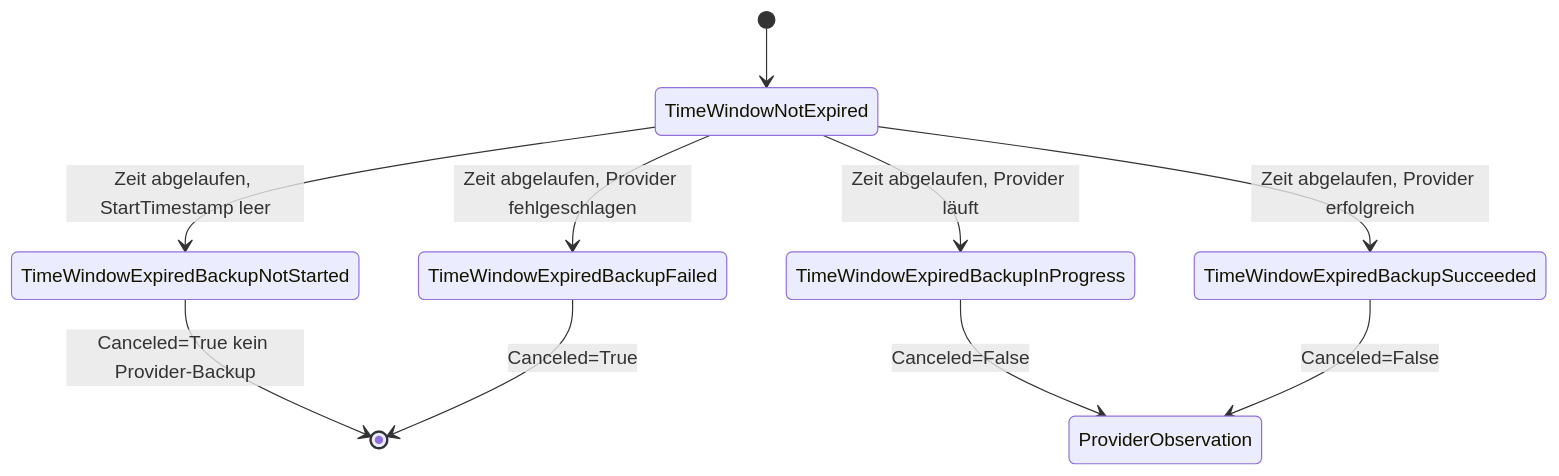
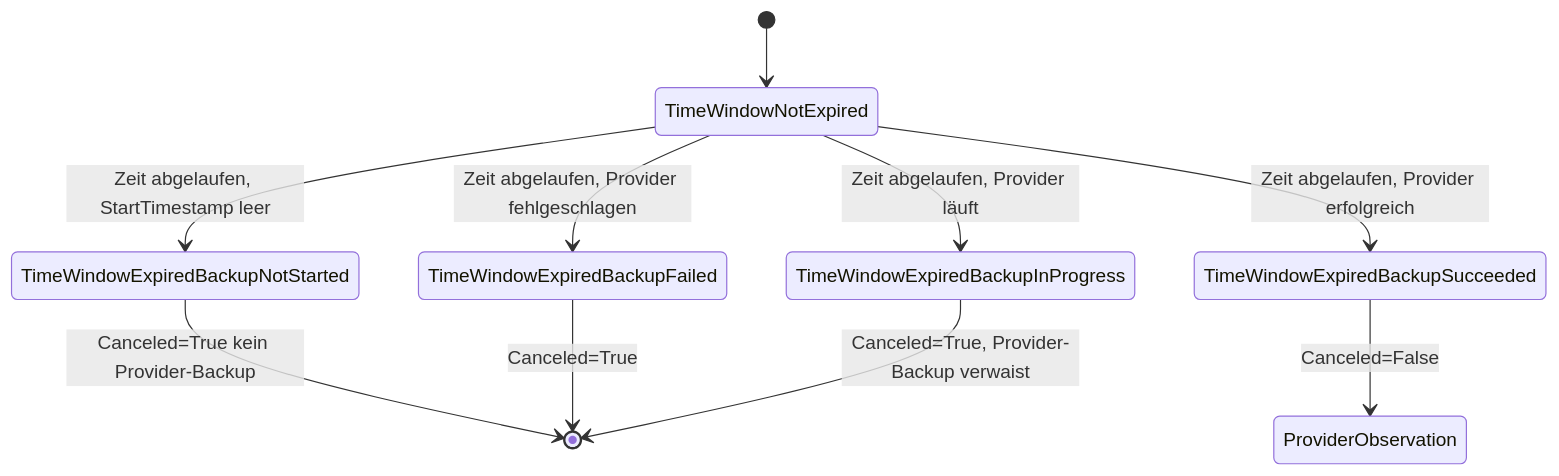
One commit to cloudogu/k8s-backup-operator changed the second of 4 diagrams in docs/development/backup/backup_process_de.md. Above: the diagram before and after it, drawn with Mermaid. The commit also changed other lines of this file and 4 other files, not shown here.

Commit message:
#119 add docs for deletion of provider backups of a canceled run

````diff
--- a/docs/development/backup/backup_process_de.md
+++ b/docs/development/backup/backup_process_de.md
@@ -93,12 +93,12 @@
 ```mermaid
 stateDiagram-v2
     [*] --> TimeWindowNotExpired
     TimeWindowNotExpired --> TimeWindowExpiredBackupNotStarted: Zeit abgelaufen, StartTimestamp leer
     TimeWindowNotExpired --> TimeWindowExpiredBackupInProgress: Zeit abgelaufen, Provider läuft
     TimeWindowNotExpired --> TimeWindowExpiredBackupFailed: Zeit abgelaufen, Provider fehlgeschlagen
     TimeWindowNotExpired --> TimeWindowExpiredBackupSucceeded: Zeit abgelaufen, Provider erfolgreich
     TimeWindowExpiredBackupNotStarted --> [*]: Canceled=True kein Provider-Backup
     TimeWindowExpiredBackupFailed --> [*]: Canceled=True
-    TimeWindowExpiredBackupInProgress --> ProviderObservation: Canceled=False
+    TimeWindowExpiredBackupInProgress --> [*]: Canceled=True, Provider-Backup verwaist
     TimeWindowExpiredBackupSucceeded --> ProviderObservation: Canceled=False
 ```
````
